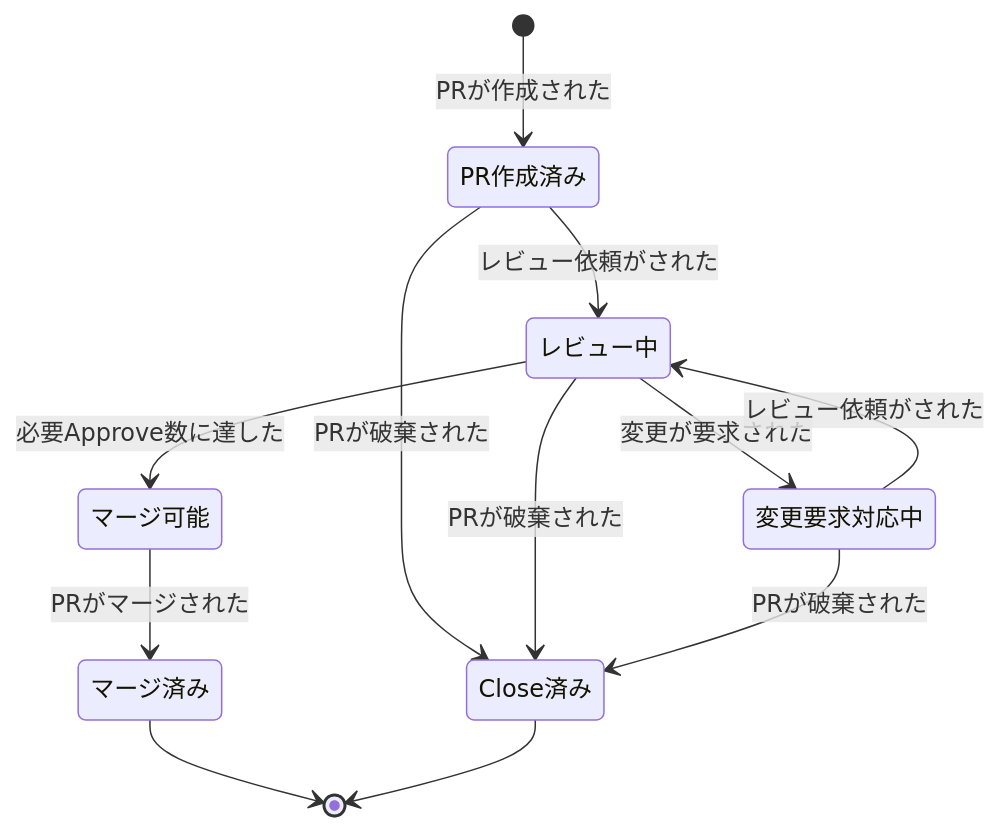
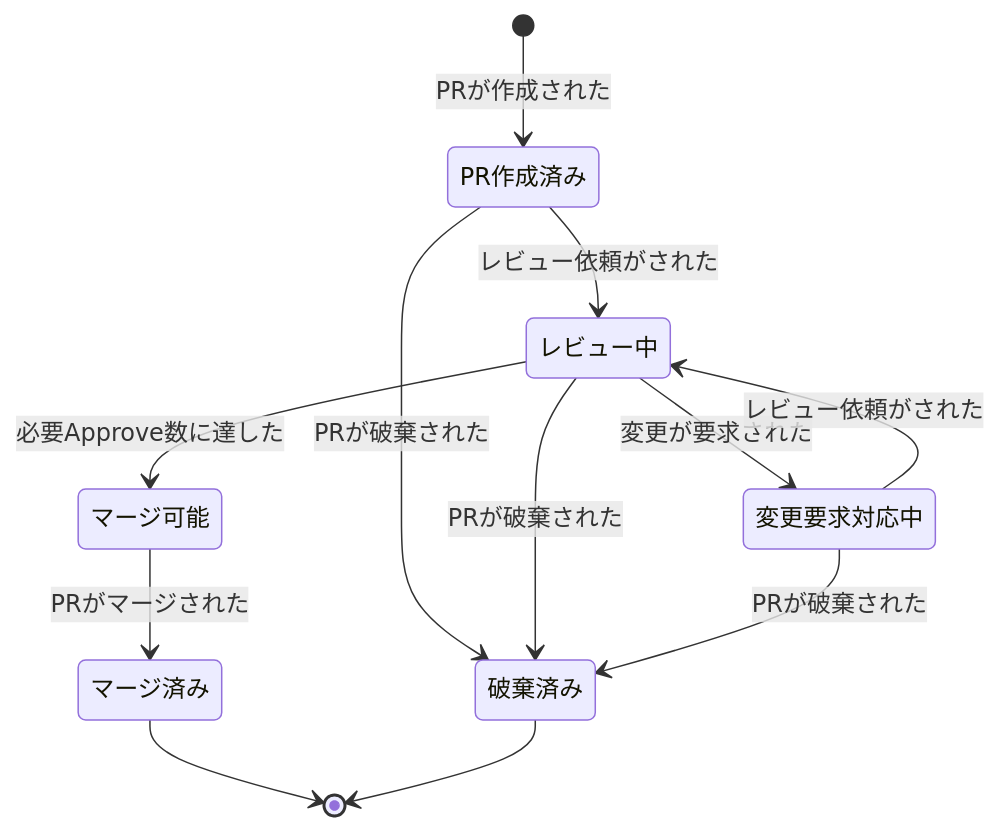
One commit to kuchita-el/claude-shared-skills changed the fifth of 6 diagrams in docs/development/event-storming.md. Above: the diagram before and after it, drawn with Mermaid. The commit also changed other lines of this file, not shown here.

````diff
--- a/docs/development/event-storming.md
+++ b/docs/development/event-storming.md
@@ -148,14 +164,14 @@
 ```mermaid
 stateDiagram-v2
     [*] --> PR作成済み: PRが作成された
     PR作成済み --> レビュー中: レビュー依頼がされた
-    PR作成済み --> Close済み: PRが破棄された
+    PR作成済み --> 破棄済み: PRが破棄された
     レビュー中 --> 変更要求対応中: 変更が要求された
     レビュー中 --> マージ可能: 必要Approve数に達した
-    レビュー中 --> Close済み: PRが破棄された
+    レビュー中 --> 破棄済み: PRが破棄された
     変更要求対応中 --> レビュー中: レビュー依頼がされた
-    変更要求対応中 --> Close済み: PRが破棄された
+    変更要求対応中 --> 破棄済み: PRが破棄された
     マージ可能 --> マージ済み: PRがマージされた
     マージ済み --> [*]
-    Close済み --> [*]
+    破棄済み --> [*]
 ```
````
